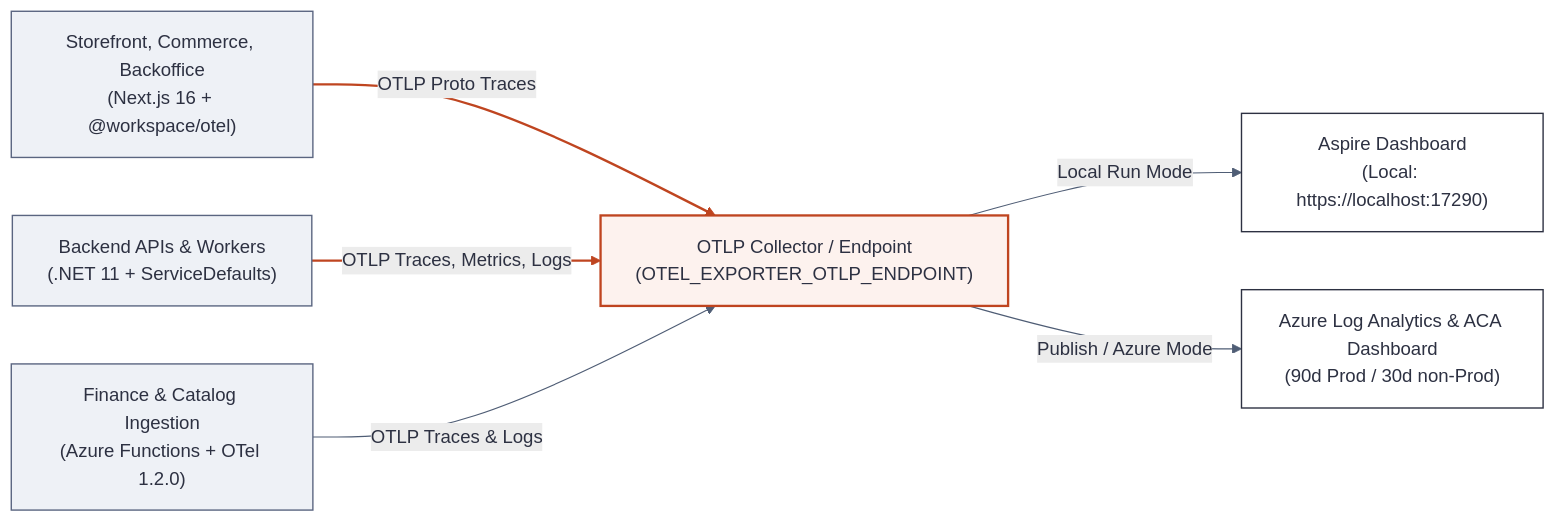
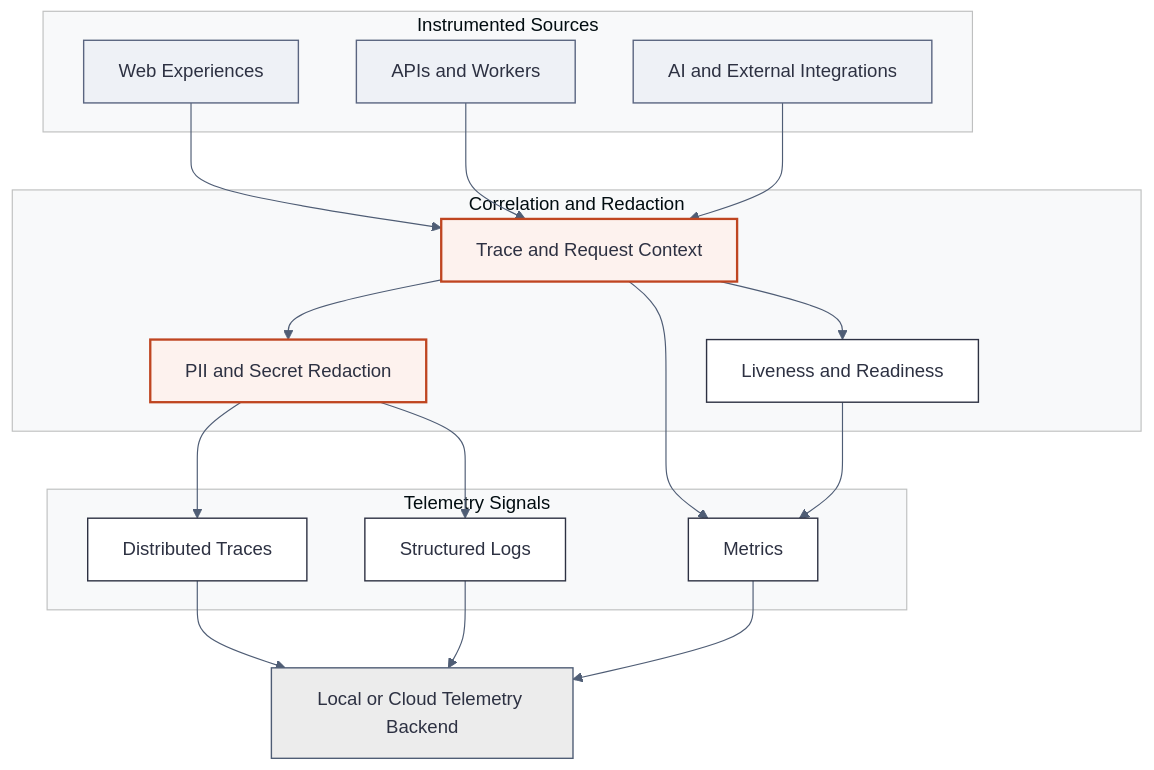
Before and after one commit to foxminchan/BookWorm: the diagram in docs/docs/arc42/08-crosscutting-concepts/mermaids/004-observability-diagram-1.mmd, drawn with Mermaid. The commit also changed 630 other files, not shown here.

Commit message:
Enhance documentation and diagrams (#1864)

```diff
--- a/docs/docs/arc42/08-crosscutting-concepts/mermaids/004-observability-diagram-1.mmd
+++ b/docs/docs/arc42/08-crosscutting-concepts/mermaids/004-observability-diagram-1.mmd
@@ -1,25 +1,44 @@
 %%{init: {'theme': 'base', 'themeVariables': {'background': '#f5f5f5', 'primaryColor': '#ffffff', 'primaryTextColor': '#2d3142', 'primaryBorderColor': '#2d3142', 'secondaryColor': '#ececec', 'secondaryBorderColor': '#4f5d75', 'tertiaryColor': '#fdf2ee', 'tertiaryBorderColor': '#bf4520', 'lineColor': '#4f5d75', 'textColor': '#2d3142', 'clusterBkg': '#f8f9fa', 'clusterBorder': '#bfc0c0', 'fontFamily': 'Geist, system-ui, sans-serif'}}}%%
-flowchart LR
-	fe["Storefront, Commerce, Backoffice\n(Next.js 16 + @workspace/otel)"]
-	apis["Backend APIs & Workers\n(.NET 11 + ServiceDefaults)"]
-	fns["Finance & Catalog Ingestion\n(Azure Functions + OTel 1.2.0)"]
-	otlp["OTLP Collector / Endpoint\n(OTEL_EXPORTER_OTLP_ENDPOINT)"]
-	local["Aspire Dashboard\n(Local: https://localhost:17290)"]
-	cloud["Azure Log Analytics & ACA Dashboard\n(90d Prod / 30d non-Prod)"]
+flowchart TB
 
-	fe -->|"OTLP Proto Traces"| otlp
-	apis -->|"OTLP Traces, Metrics, Logs"| otlp
-	fns -->|"OTLP Traces & Logs"| otlp
-	otlp -->|"Local Run Mode"| local
-	otlp -->|"Publish / Azure Mode"| cloud
+	subgraph Sources["Instrumented Sources"]
+		UI["Web Experiences"]
+		API["APIs and Workers"]
+		AI["AI and External Integrations"]
+	end
+
+	subgraph Evidence["Correlation and Redaction"]
+		Context["Trace and Request Context"]
+		Redact["PII and Secret Redaction"]
+		Health["Liveness and Readiness"]
+	end
+
+	subgraph Signals["Telemetry Signals"]
+		Trace["Distributed Traces"]
+		Log["Structured Logs"]
+		Metric["Metrics"]
+	end
+
+	Backend["Local or Cloud Telemetry Backend"]
+
+	UI --> Context
+	API --> Context
+	AI --> Context
+	Context --> Redact
+	Context --> Health
+	Redact --> Trace
+	Redact --> Log
+	Context --> Metric
+	Health --> Metric
+	Trace --> Backend
+	Log --> Backend
+	Metric --> Backend
 
 	classDef focal fill:#fdf2ee,stroke:#bf4520,stroke-width:2px,color:#2d3142
 	classDef service fill:#ffffff,stroke:#2d3142,stroke-width:1.2px,color:#2d3142
 	classDef store fill:#ececec,stroke:#4f5d75,stroke-width:1.2px,color:#2d3142
 	classDef input fill:#eef1f6,stroke:#5a6580,stroke-width:1.2px,color:#2d3142
-	classDef ext fill:#f5f5f5,stroke:#949eb2,stroke-width:1px,stroke-dasharray:4 3,color:#4f5d75
-	class otlp focal
-	class local,cloud service
-	class fe,apis,fns input
-	linkStyle 0 stroke:#bf4520,stroke-width:2px
-	linkStyle 1 stroke:#bf4520,stroke-width:2px
+	class Context,Redact focal
+	class Health,Trace,Log,Metric service
+	class UI,API,AI input
+	class Backend store
```
